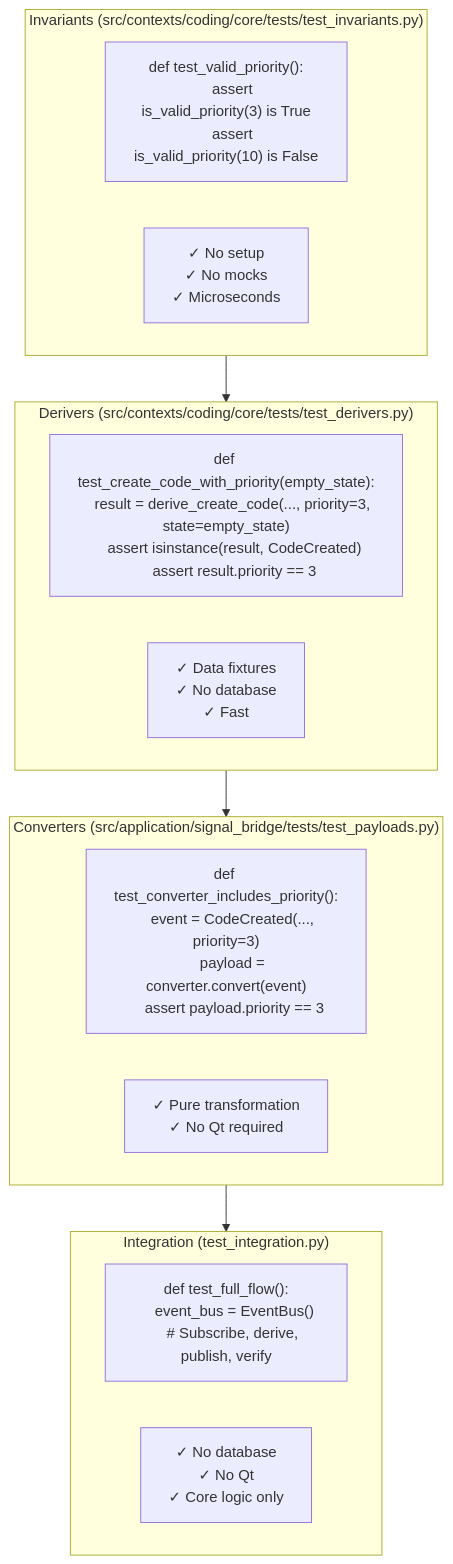
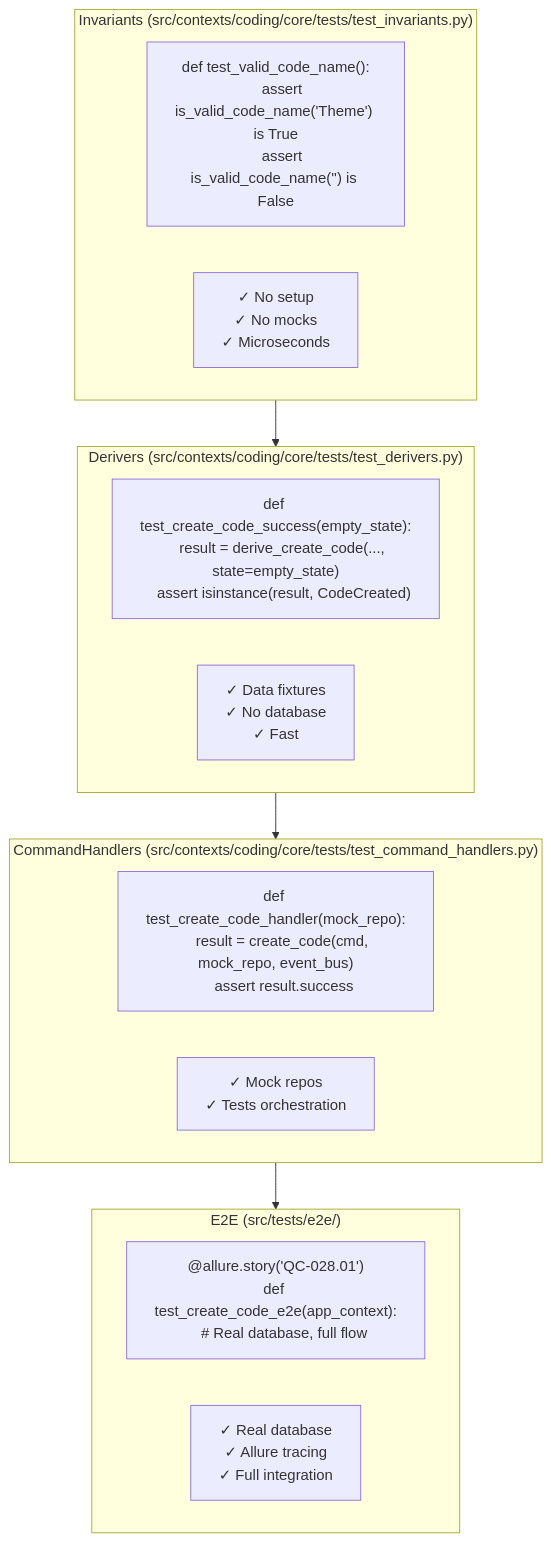
The third of 4 diagrams in docs/tutorials/07-complete-flow.md (scope-impact/QualCoder-v2), drawn with Mermaid before and after one commit. The commit also changed other lines of this file and 9 other files, not shown here.

First line of the commit message:
docs(tutorials): align with vertical slice architecture

````diff
--- a/docs/tutorials/07-complete-flow.md
+++ b/docs/tutorials/07-complete-flow.md
@@ -161,24 +182,24 @@
 ```mermaid
 graph TB
     subgraph INV ["Invariants (src/contexts/coding/core/tests/test_invariants.py)"]
-        INV_TEST["def test_valid_priority():<br/>    assert is_valid_priority(3) is True<br/>    assert is_valid_priority(10) is False"]
+        INV_TEST["def test_valid_code_name():<br/>    assert is_valid_code_name('Theme') is True<br/>    assert is_valid_code_name('') is False"]
         INV_PROPS["✓ No setup<br/>✓ No mocks<br/>✓ Microseconds"]
     end
 
     subgraph DER ["Derivers (src/contexts/coding/core/tests/test_derivers.py)"]
-        DER_TEST["def test_create_code_with_priority(empty_state):<br/>    result = derive_create_code(..., priority=3, state=empty_state)<br/>    assert isinstance(result, CodeCreated)<br/>    assert result.priority == 3"]
+        DER_TEST["def test_create_code_success(empty_state):<br/>    result = derive_create_code(..., state=empty_state)<br/>    assert isinstance(result, CodeCreated)"]
         DER_PROPS["✓ Data fixtures<br/>✓ No database<br/>✓ Fast"]
     end
 
-    subgraph CONV ["Converters (src/application/signal_bridge/tests/test_payloads.py)"]
-        CONV_TEST["def test_converter_includes_priority():<br/>    event = CodeCreated(..., priority=3)<br/>    payload = converter.convert(event)<br/>    assert payload.priority == 3"]
-        CONV_PROPS["✓ Pure transformation<br/>✓ No Qt required"]
+    subgraph CH ["CommandHandlers (src/contexts/coding/core/tests/test_command_handlers.py)"]
+        CH_TEST["def test_create_code_handler(mock_repo):<br/>    result = create_code(cmd, mock_repo, event_bus)<br/>    assert result.success"]
+        CH_PROPS["✓ Mock repos<br/>✓ Tests orchestration"]
     end
 
-    subgraph INT ["Integration (test_integration.py)"]
-        INT_TEST["def test_full_flow():<br/>    event_bus = EventBus()<br/>    # Subscribe, derive, publish, verify"]
-        INT_PROPS["✓ No database<br/>✓ No Qt<br/>✓ Core logic only"]
+    subgraph E2E ["E2E (src/tests/e2e/)"]
+        E2E_TEST["@allure.story('QC-028.01')<br/>def test_create_code_e2e(app_context):<br/>    # Real database, full flow"]
+        E2E_PROPS["✓ Real database<br/>✓ Allure tracing<br/>✓ Full integration"]
     end
 
-    INV --> DER --> CONV --> INT
+    INV --> DER --> CH --> E2E
 ```
````
